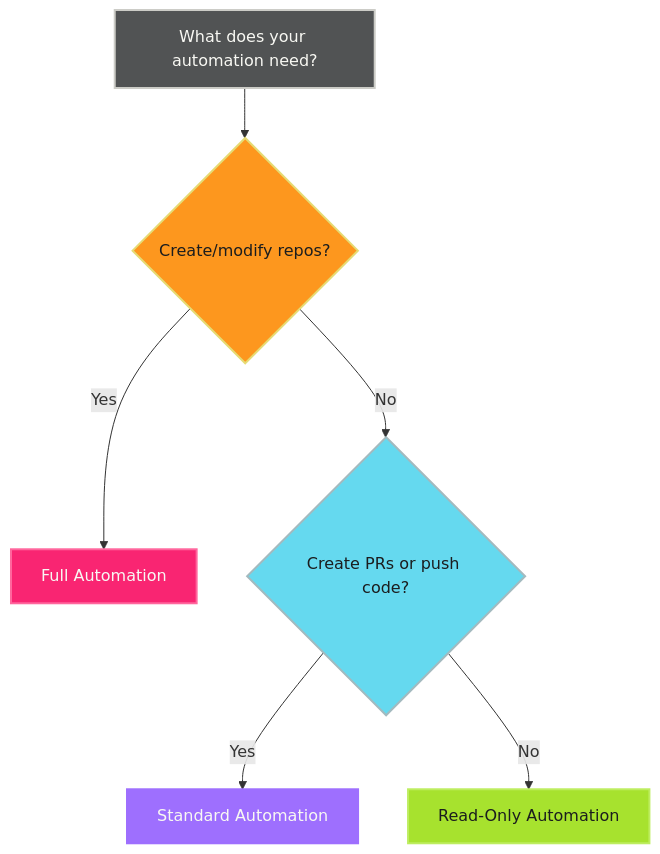
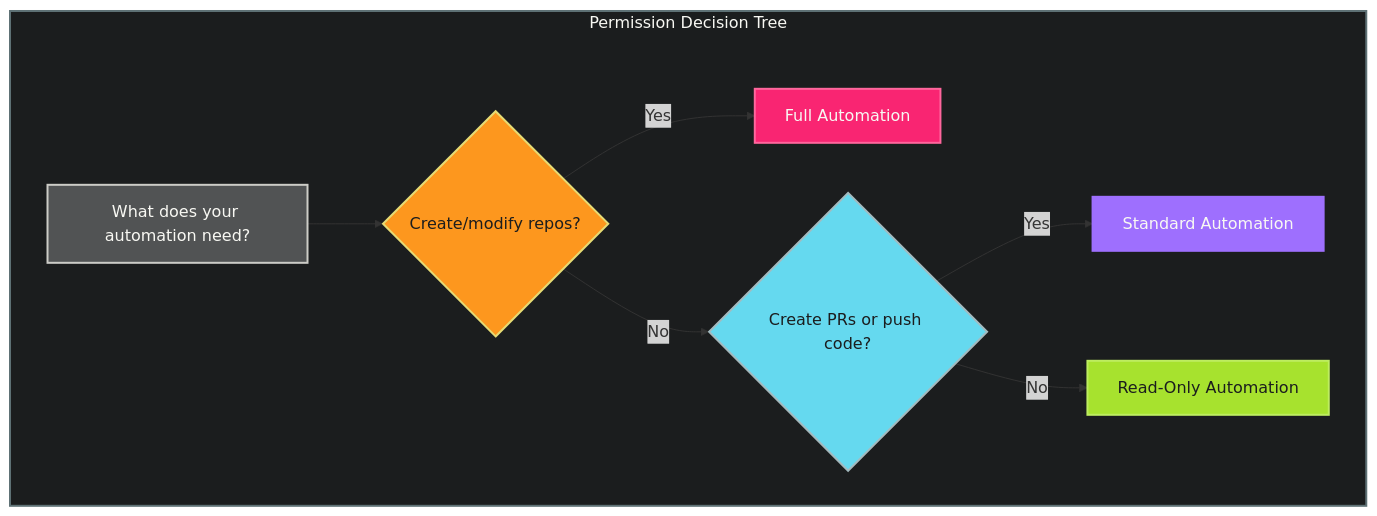
The diagram in docs/operator-manual/github-actions/github-app-setup/permission-patterns.md (adaptive-enforcement-lab/adaptive-enforcement-lab-com), drawn with Mermaid before and after one commit.

Commit message:
Wrap flowchart in subgraph for dark mode contrast

````diff
--- a/docs/operator-manual/github-actions/github-app-setup/permission-patterns.md
+++ b/docs/operator-manual/github-actions/github-app-setup/permission-patterns.md
@@ -73,16 +73,19 @@
 ```mermaid
 flowchart TD
-    A[What does your automation need?] --> B{Create/modify repos?}
-    B -->|Yes| C[Full Automation]
-    B -->|No| D{Create PRs or push code?}
-    D -->|Yes| E[Standard Automation]
-    D -->|No| F[Read-Only Automation]
+    subgraph decide ["Permission Decision Tree"]
+        A[What does your automation need?] --> B{Create/modify repos?}
+        B -->|Yes| C[Full Automation]
+        B -->|No| D{Create PRs or push code?}
+        D -->|Yes| E[Standard Automation]
+        D -->|No| F[Read-Only Automation]
+    end
 
     %% Ghostty Hardcore Theme (dark mode optimized)
     style A fill:#515354,color:#f8f8f3,stroke:#ccccc7,stroke-width:2px
     style B fill:#fd971e,color:#1b1d1e,stroke:#e6db74,stroke-width:2px
     style C fill:#f92572,color:#f8f8f3,stroke:#ff669d,stroke-width:2px
     style D fill:#65d9ef,color:#1b1d1e,stroke:#a3babf,stroke-width:2px
     style E fill:#9e6ffe,color:#f8f8f3,stroke:#9e6ffe,stroke-width:2px
     style F fill:#a7e22e,color:#1b1d1e,stroke:#bded5f,stroke-width:2px
+    style decide fill:#1b1d1e,color:#f8f8f3,stroke:#5e7175,stroke-width:2px
 ```
````
